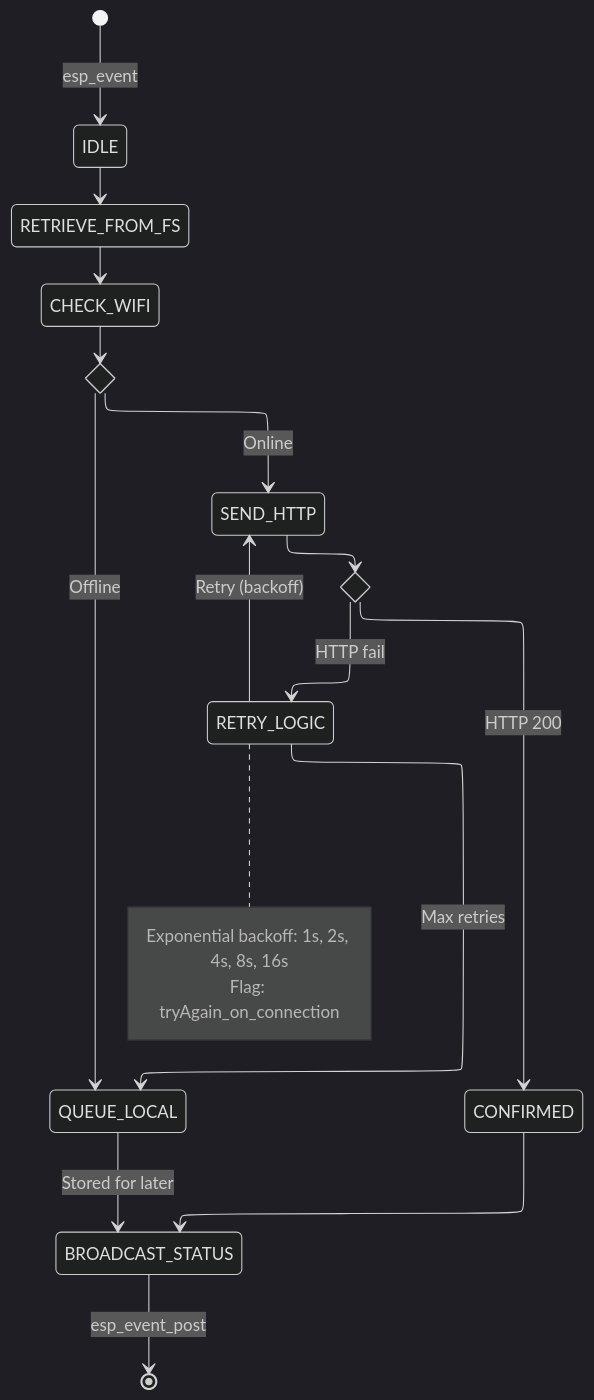
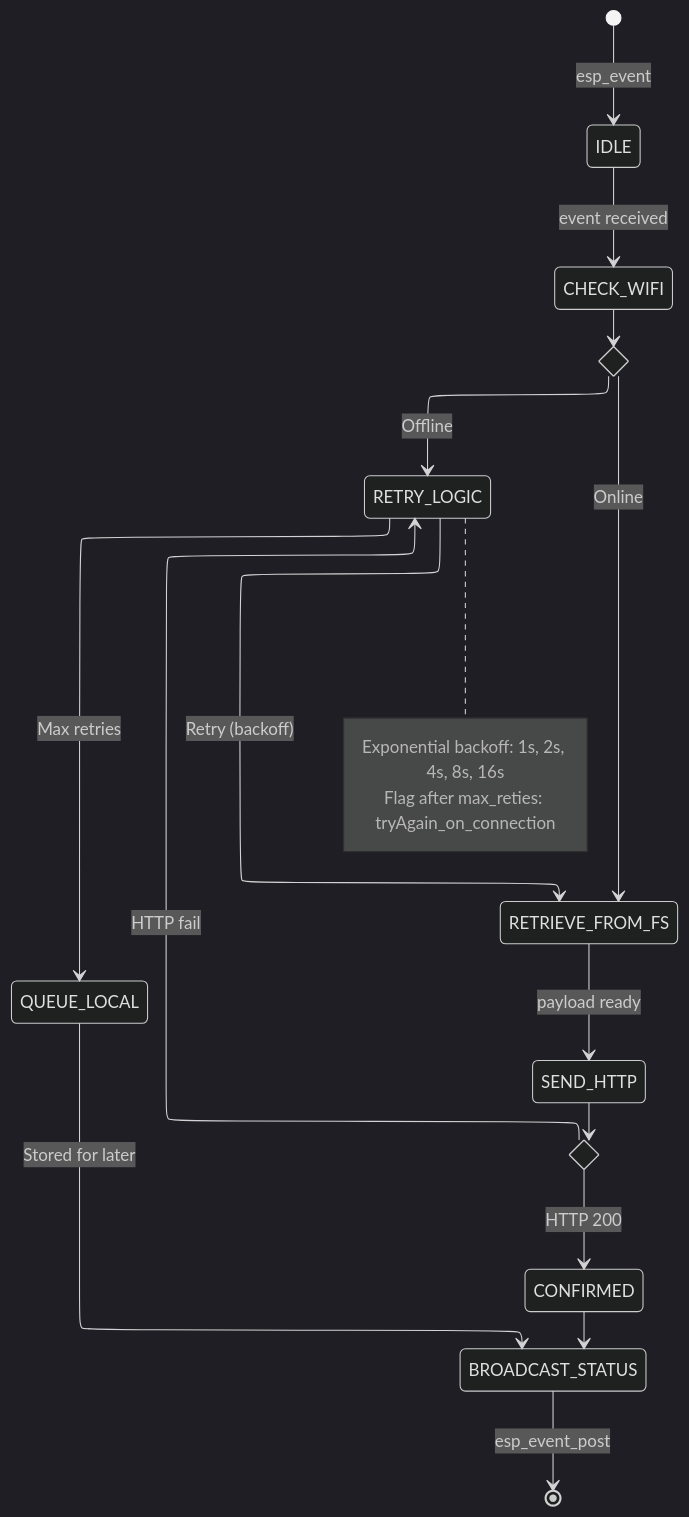
Before and after one commit to nicolasdb/time-tracker-device: the diagram in docs/constitution/process_maps/14_http_fsm.mmd, drawn with Mermaid (dark theme). The commit also changed 19 other files, not shown here.

```diff
--- a/docs/constitution/process_maps/14_http_fsm.mmd
+++ b/docs/constitution/process_maps/14_http_fsm.mmd
@@ -1,33 +1,32 @@
 ---
 config:
   layout: elk
 ---
 stateDiagram-v2
   direction TB
   [*] --> IDLE : esp_event
 
-  IDLE --> RETRIEVE_FROM_FS 
-
-  RETRIEVE_FROM_FS --> CHECK_WIFI
+  IDLE --> CHECK_WIFI: event received
 
   state S1 <<choice>>
+  state S2 <<choice>>
   CHECK_WIFI --> S1
-  S1 --> SEND_HTTP : Online
-  S1 --> QUEUE_LOCAL : Offline
+  S1 --> RETRIEVE_FROM_FS : Online
+  S1 --> RETRY_LOGIC : Offline 
 
-  state S2 <<choice>>
+  RETRIEVE_FROM_FS --> SEND_HTTP : payload ready
   SEND_HTTP --> S2
   S2 --> CONFIRMED : HTTP 200
   S2 --> RETRY_LOGIC : HTTP fail
 
-  RETRY_LOGIC --> SEND_HTTP : Retry (backoff)
+  RETRY_LOGIC --> RETRIEVE_FROM_FS : Retry (backoff)
   RETRY_LOGIC --> QUEUE_LOCAL : Max retries
 
   QUEUE_LOCAL --> BROADCAST_STATUS : Stored for later
   CONFIRMED --> BROADCAST_STATUS
   BROADCAST_STATUS --> [*]:esp_event_post
 
   note right of RETRY_LOGIC
     Exponential backoff: 1s, 2s, 4s, 8s, 16s
-    Flag: tryAgain_on_connection
+    Flag after max_reties: tryAgain_on_connection
   end note
```
